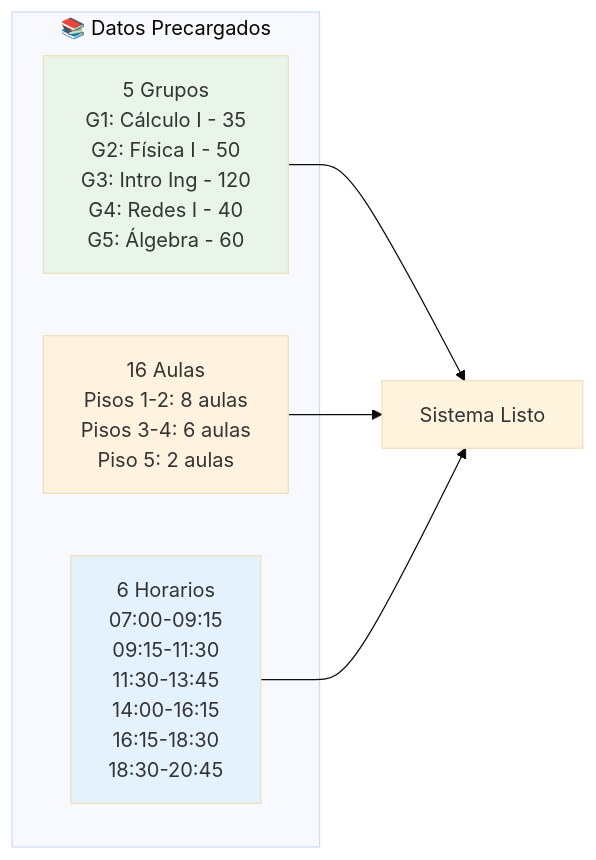
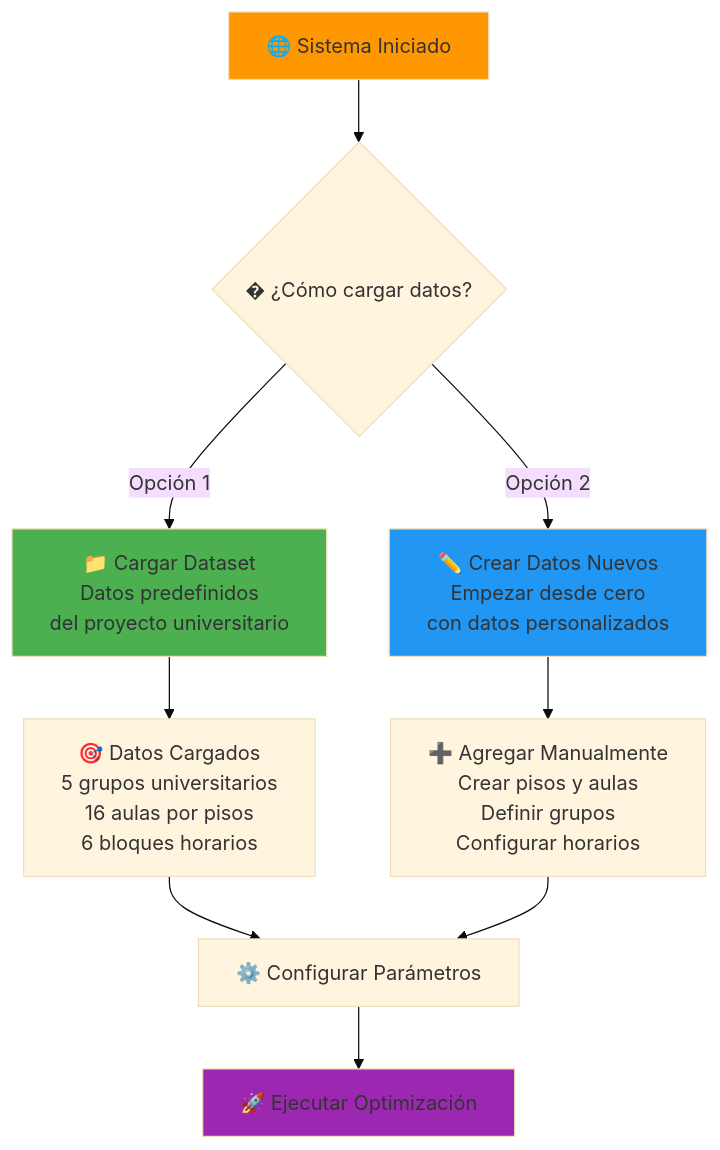
One commit to Job-Natanael-Contreras-Garzon/OptimizacionAulaIO1 changed the second of 18 diagrams in GUIA_USUARIO.md. Above: the diagram before and after it, drawn with Mermaid (base theme). The commit also changed other lines of this file, not shown here.

````diff
--- a/GUIA_USUARIO.md
+++ b/GUIA_USUARIO.md
@@ -66,18 +79,21 @@
 ```mermaid
-flowchart LR
-    subgraph "📚 Datos Precargados"
-        A[5 Grupos<br/>G1: Cálculo I - 35<br/>G2: Física I - 50<br/>G3: Intro Ing - 120<br/>G4: Redes I - 40<br/>G5: Álgebra - 60]
-        
-        B[16 Aulas<br/>Pisos 1-2: 8 aulas<br/>Pisos 3-4: 6 aulas<br/>Piso 5: 2 aulas]
-        
-        C[6 Horarios<br/>07:00-09:15<br/>09:15-11:30<br/>11:30-13:45<br/>14:00-16:15<br/>16:15-18:30<br/>18:30-20:45]
-    end
+flowchart TD
+    A[🌐 Sistema Iniciado] --> B{� ¿Cómo cargar datos?}
     
-    A --> D[Sistema Listo]
-    B --> D
-    C --> D
+    B -->|Opción 1| C[📁 Cargar Dataset<br/>Datos predefinidos<br/>del proyecto universitario]
+    B -->|Opción 2| D[✏️ Crear Datos Nuevos<br/>Empezar desde cero<br/>con datos personalizados]
     
-    style A fill:#e8f5e8
-    style B fill:#fff3e0
-    style C fill:#e3f2fd
+    C --> E[🎯 Datos Cargados<br/>5 grupos universitarios<br/>16 aulas por pisos<br/>6 bloques horarios]
+    
+    D --> F[➕ Agregar Manualmente<br/>Crear pisos y aulas<br/>Definir grupos<br/>Configurar horarios]
+    
+    E --> G[⚙️ Configurar Parámetros]
+    F --> G
+    
+    G --> H[🚀 Ejecutar Optimización]
+    
+    style A fill:#ff9800
+    style C fill:#4caf50
+    style D fill:#2196f3
+    style H fill:#9c27b0
 ```
````
